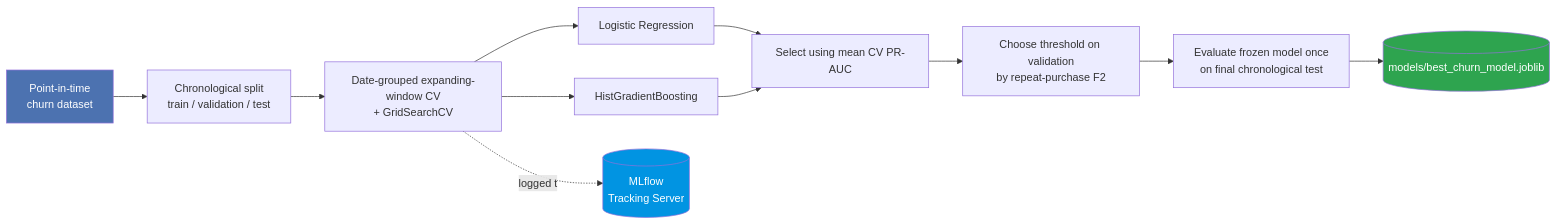
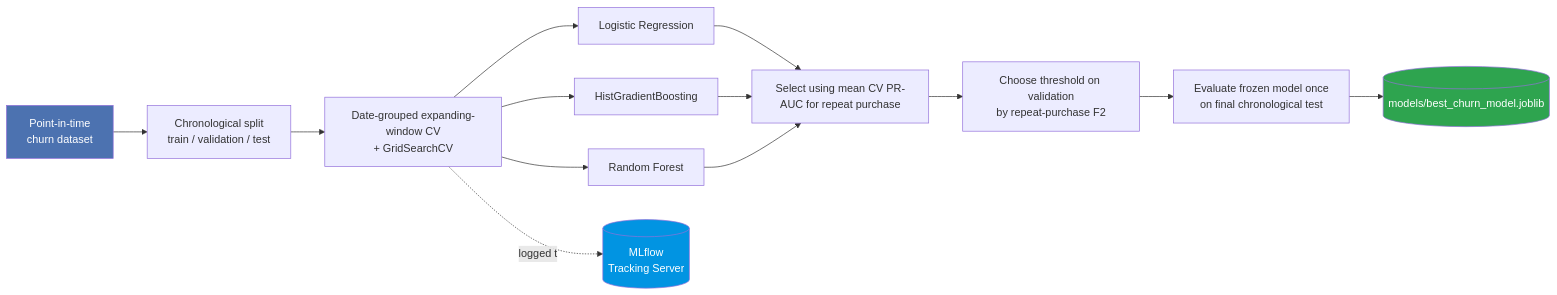
Before and after one commit to Harshithpatali/brazilian-ecommerce-data-science: the third of 3 diagrams in README.md, drawn with Mermaid. The commit also changed other lines of this file, not shown here.

````diff
--- a/README.md
+++ b/README.md
@@ -279,17 +279,19 @@
 ```mermaid
 flowchart LR
     A["Point-in-time<br/>churn dataset"] --> B["Chronological split<br/>train / validation / test"]
     B --> C["Date-grouped expanding-window CV<br/>+ GridSearchCV"]
     C --> D1[Logistic Regression]
     C --> D3[HistGradientBoosting]
-    D1 --> E["Select using mean CV PR-AUC"]
+    C --> D4[Random Forest]
+    D1 --> E["Select using mean CV PR-AUC for repeat purchase"]
     D3 --> E
+    D4 --> E
     E --> V["Choose threshold on validation<br/>by repeat-purchase F2"]
     V --> T["Evaluate frozen model once<br/>on final chronological test"]
     T --> G[("models/best_churn_model.joblib")]
     C -.logged to.-> M[("MLflow<br/>Tracking Server")]
 
     style A fill:#4c72b0,color:#fff
     style G fill:#2ea44f,color:#fff
     style M fill:#0194E2,color:#fff
 ```
````
